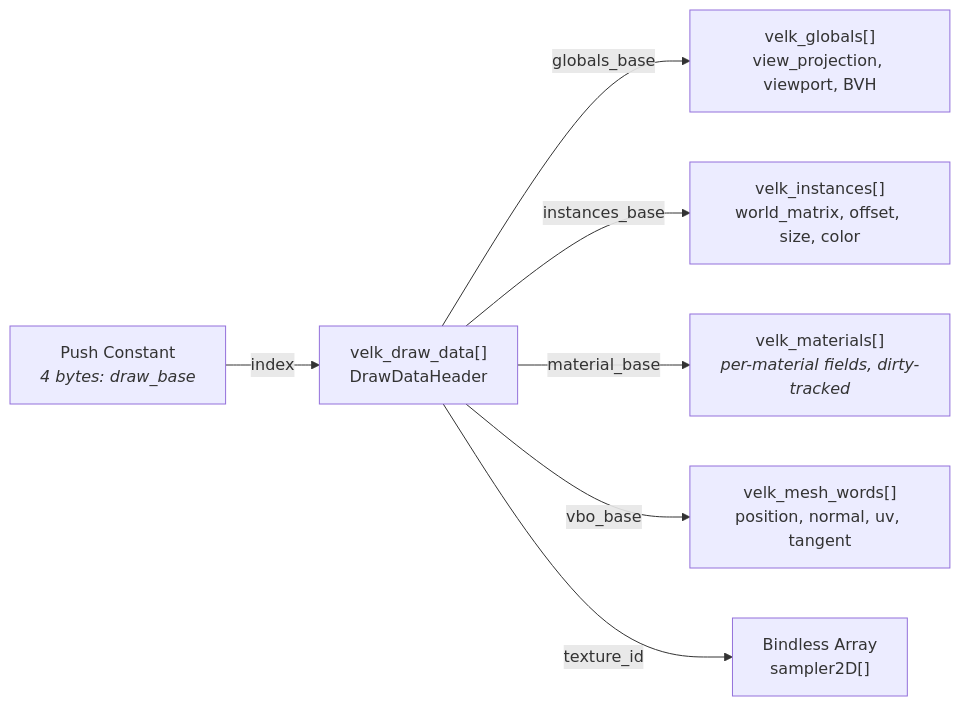
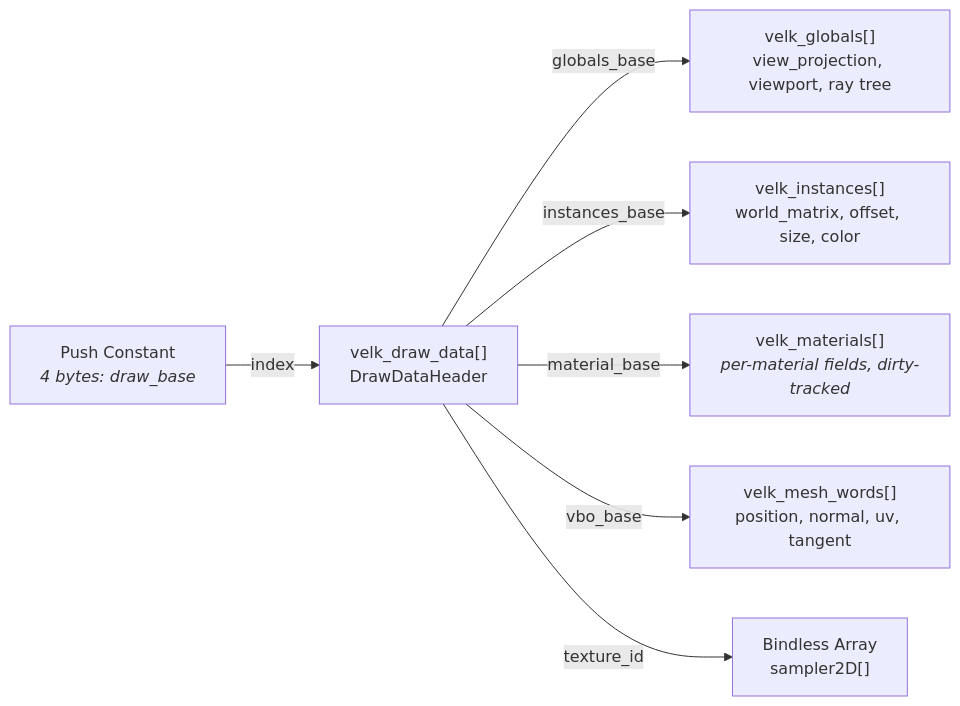
The second of 4 diagrams in docs/render/render-backend.md (ljaaskela/velk-platform), drawn with Mermaid before and after one commit. The commit also changed other lines of this file and 31 other files, not shown here.

````diff
--- a/docs/render/render-backend.md
+++ b/docs/render/render-backend.md
@@ -254,9 +255,9 @@
 ```mermaid
 graph LR
     PC["Push Constant<br/><i>4 bytes: draw_base</i>"] -->|index| DDH["velk_draw_data[]<br/>DrawDataHeader"]
-    DDH -->|globals_base| G["velk_globals[]<br/>view_projection, viewport, BVH"]
+    DDH -->|globals_base| G["velk_globals[]<br/>view_projection, viewport, ray tree"]
     DDH -->|instances_base| I["velk_instances[]<br/>world_matrix, offset, size, color"]
     DDH -->|material_base| M["velk_materials[]<br/><i>per-material fields, dirty-tracked</i>"]
     DDH -->|vbo_base| V["velk_mesh_words[]<br/>position, normal, uv, tangent"]
     DDH -->|texture_id| T["Bindless Array<br/>sampler2D[]"]
 ```
````
